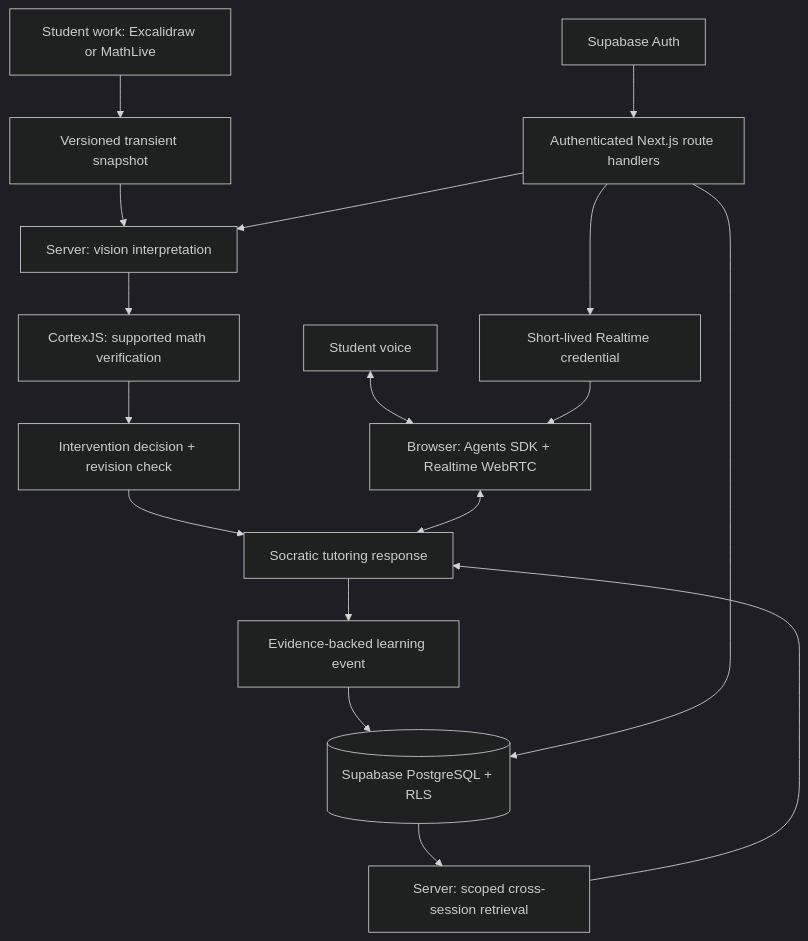
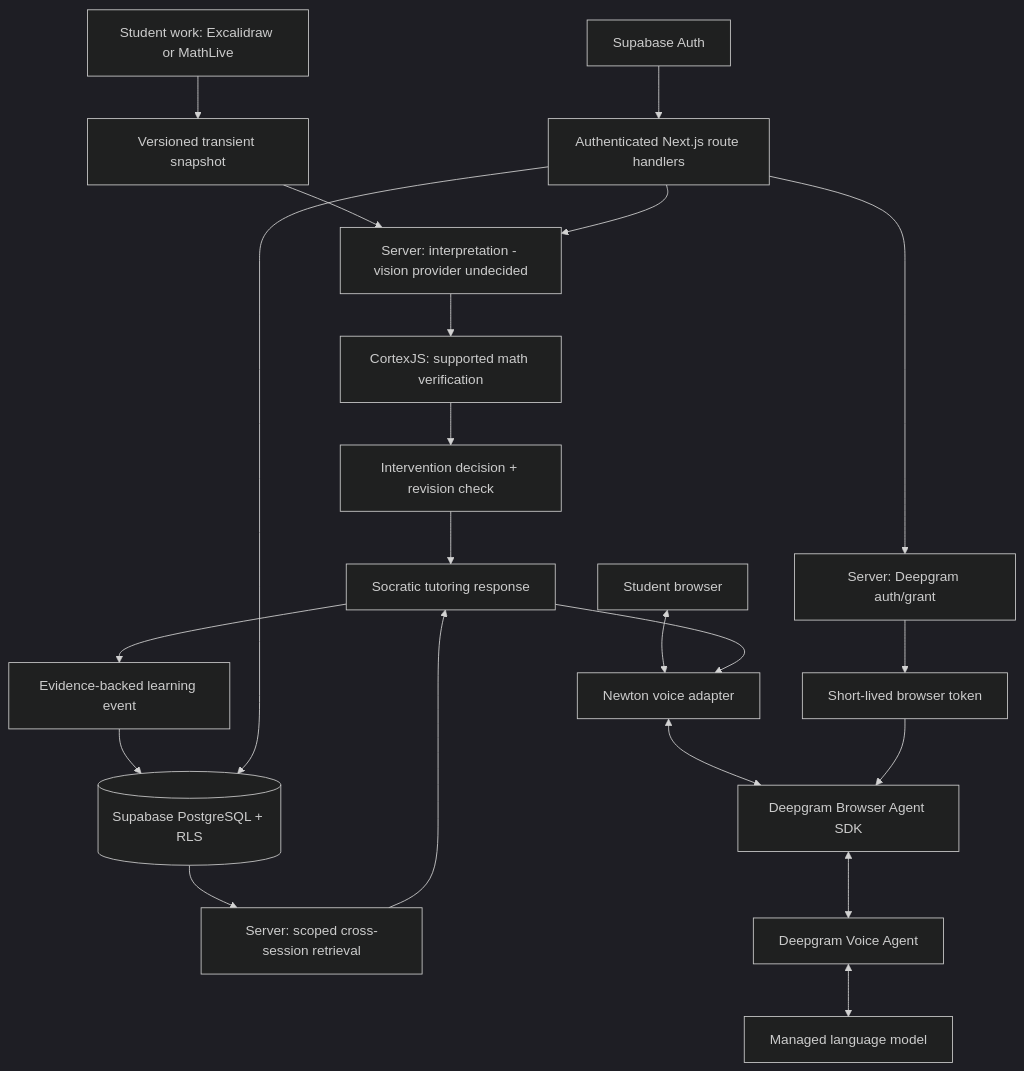
Before and after one commit to adrian0427/newton: the diagram in docs/architecture.md, drawn with Mermaid (dark theme). The commit also changed other lines of this file and 10 other files, not shown here.

Commit message:
docs: adopt Deepgram voice architecture

````diff
--- a/docs/architecture.md
+++ b/docs/architecture.md
@@ -9,19 +9,23 @@
 ```mermaid
 flowchart TD
   Work[Student work: Excalidraw or MathLive] --> Snapshot[Versioned transient snapshot]
-  Snapshot --> Interpret[Server: vision interpretation]
+  Snapshot --> Interpret[Server: interpretation - vision provider undecided]
   Interpret --> Verify[CortexJS: supported math verification]
   Verify --> Decide[Intervention decision + revision check]
   Decide --> Response[Socratic tutoring response]
   Response --> Observation[Evidence-backed learning event]
   Observation --> DB[(Supabase PostgreSQL + RLS)]
   DB --> Retrieve[Server: scoped cross-session retrieval]
   Retrieve --> Response
-  Student[Student voice] <--> Voice[Browser: Agents SDK + Realtime WebRTC]
-  Voice <--> Response
+  Student[Student browser] <--> Voice[Newton voice adapter]
+  Voice <--> SDK[Deepgram Browser Agent SDK]
+  SDK <--> Agent[Deepgram Voice Agent]
+  Agent <--> LLM[Managed language model]
+  Response --> Voice
   Auth[Supabase Auth] --> Routes[Authenticated Next.js route handlers]
   Routes --> Interpret
   Routes --> DB
-  Routes --> Credential[Short-lived Realtime credential]
-  Credential --> Voice
+  Routes --> Credential[Server: Deepgram auth/grant]
+  Credential --> Token[Short-lived browser token]
+  Token --> SDK
 ```
````
